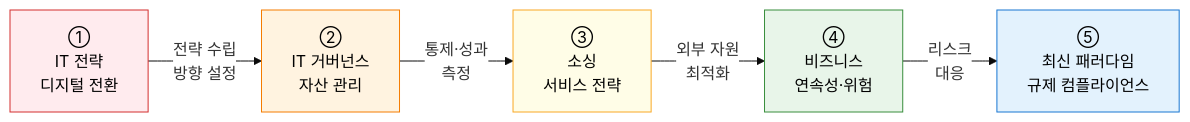
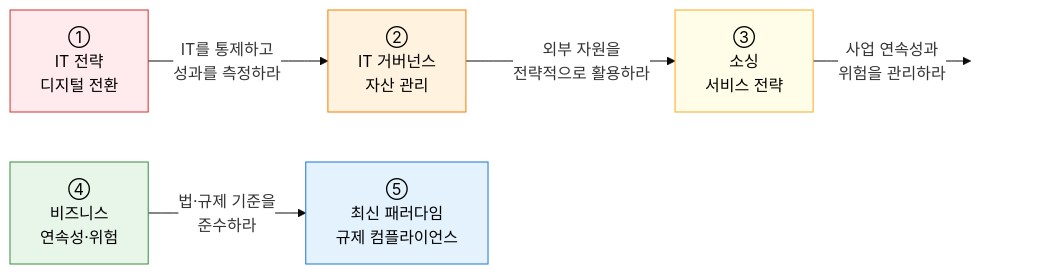
One commit to jeonck/itpe-KM changed the diagram in content/docs/06-it-management/_index.md. Above: the diagram before and after it, drawn with Mermaid. The commit also changed 5 other files, not shown here.

````diff
--- a/content/docs/06-it-management/_index.md
+++ b/content/docs/06-it-management/_index.md
@@ -11,14 +11,15 @@
 ```mermaid
 %%{init: { 'theme': 'base', 'themeVariables': { 'edgeLabelBackground': '#fff' }}}%%
 flowchart LR
-    A["①<br/>IT 전략<br/>디지털 전환"] --"전략 수립<br/>방향 설정"--> B["②<br/>IT 거버넌스<br/>자산 관리"]
-    B --"통제·성과<br/>측정"--> C["③<br/>소싱<br/>서비스 전략"]
-    C --"외부 자원<br/>최적화"--> D["④<br/>비즈니스<br/>연속성·위험"]
-    D --"리스크<br/>대응"--> E["⑤<br/>최신 패러다임<br/>규제 컴플라이언스"]
+    A["①<br/>IT 전략<br/>디지털 전환"] --"IT를 통제하고<br/>성과를 측정하라"--> B["②<br/>IT 거버넌스<br/>자산 관리"]
+    B --"외부 자원을<br/>전략적으로 활용하라"--> C["③<br/>소싱<br/>서비스 전략"]
+    C --"사업 연속성과<br/>위험을 관리하라"--> Z[" "]
+    D["④<br/>비즈니스<br/>연속성·위험"] --"법·규제 기준을<br/>준수하라"--> E["⑤<br/>최신 패러다임<br/>규제 컴플라이언스"]
 
     style A fill:#FFEBEE,stroke:#D32F2F,color:#000
     style B fill:#FFF3E0,stroke:#F57C00,color:#000
     style C fill:#FFFDE7,stroke:#F9A825,color:#000
     style D fill:#E8F5E9,stroke:#388E3C,color:#000
     style E fill:#E3F2FD,stroke:#1976D2,color:#000
+    style Z fill:none,stroke:none
 ```
````
